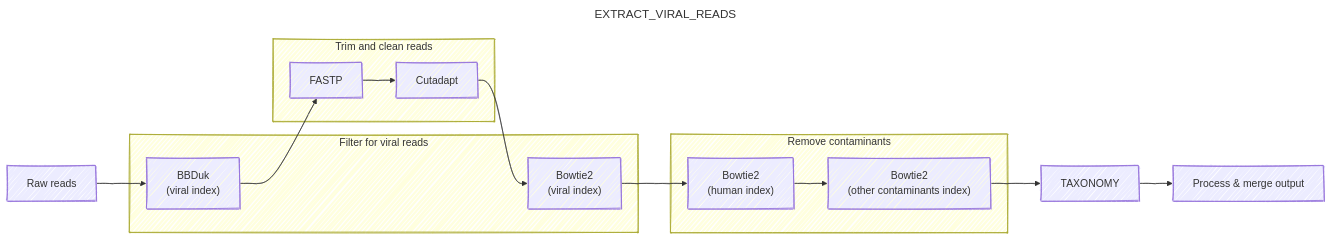
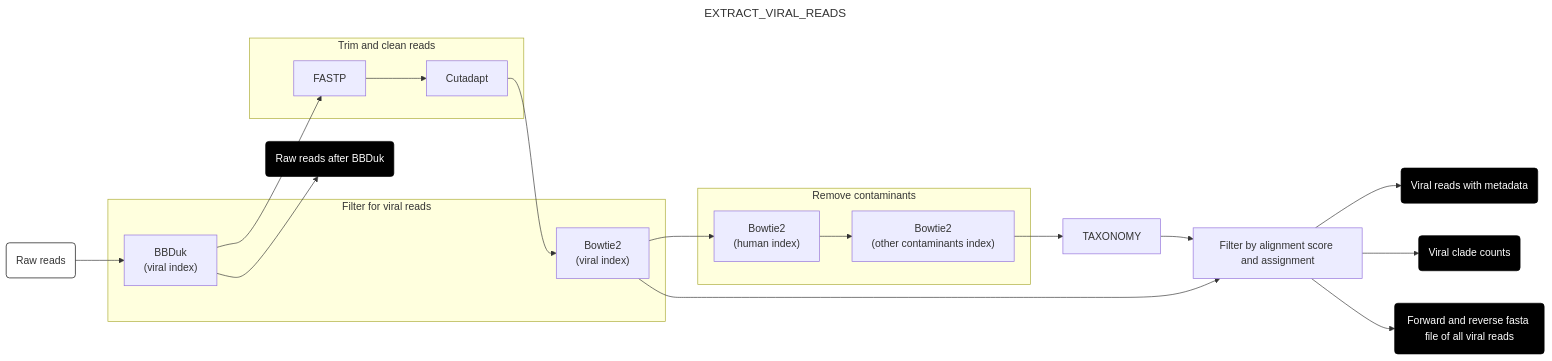
One commit to naobservatory/mgs-workflow changed the fifth of 8 diagrams in docs/run.md. Above: the diagram before and after it, drawn with Mermaid. The commit also changed other lines of this file, not shown here.

````diff
--- a/docs/run.md
+++ b/docs/run.md
@@ -84,31 +160,39 @@
 ```mermaid
 ---
 title: EXTRACT_VIRAL_READS
 config:
   layout: horizontal
-  look: handDrawn
-  theme: default
 ---
 flowchart LR
-A[Raw reads] --> B["BBDuk <br> (viral index)"]
+A(Raw reads) --> B["BBDuk <br> (viral index)"]
+B --> M(Raw reads after BBDuk)
 B --> C[FASTP]
 C --> D[Cutadapt]
 D --> E["Bowtie2 <br> (viral index)"]
 E --> F["Bowtie2 <br> (human index)"]
 F --> G["Bowtie2 <br> (other contaminants index)"]
 G --> H[TAXONOMY]
-H --> I[Process & merge output]
+H --> I[Filter by alignment score and assignment]
+E --> I
+I --> J(Viral reads with metadata)
+I --> K(Viral clade counts)
+I --> N("Forward and reverse fasta file of all viral reads")
 
 subgraph "Filter for viral reads"
 B
 E
 end
 subgraph "Trim and clean reads"
 C
 D
 end
 subgraph "Remove contaminants"
 F
 G
 end
+style A fill:#fff,stroke:#000
+style J fill:#000,color:#fff,stroke:#000
+style K fill:#000,color:#fff,stroke:#000
+style N fill:#000,color:#fff,stroke:#000
+style M fill:#000,color:#fff,stroke:#000
 ```
````
